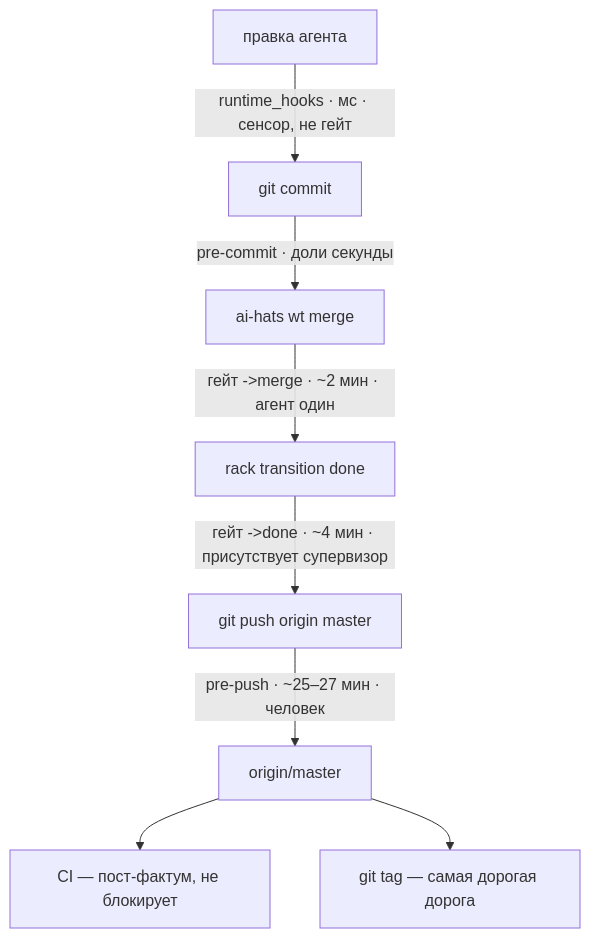
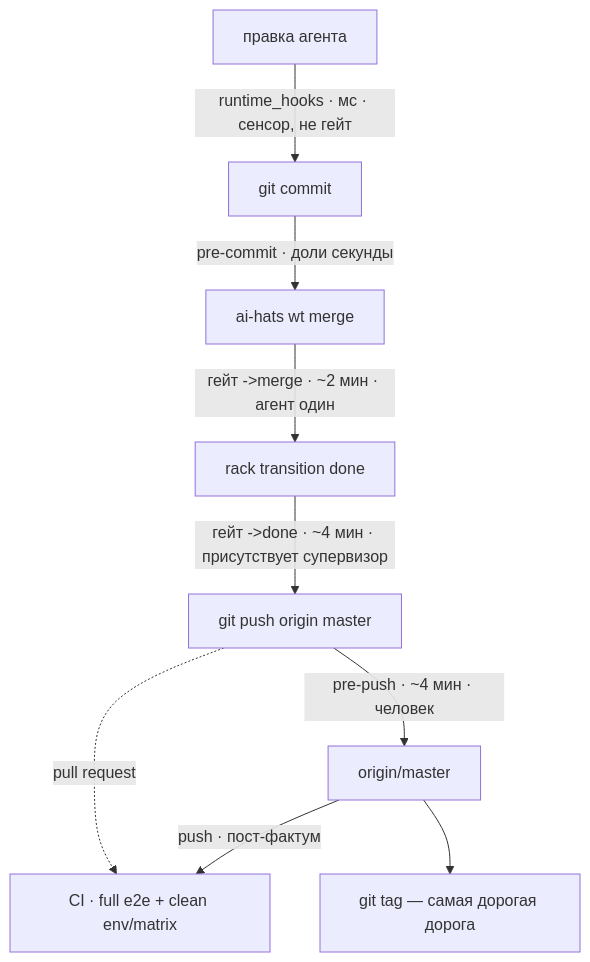
One commit to muratovv/ai-hats changed the diagram in docs/adr/0023-quality-gate.md. Above: the diagram before and after it, drawn with Mermaid. The commit also changed other lines of this file and 4 other files, not shown here.

First line of the commit message:
feature/ci: run full e2e on every PR and push (HATS-1708)

````diff
--- a/docs/adr/0023-quality-gate.md
+++ b/docs/adr/0023-quality-gate.md
@@ -141,10 +154,11 @@
 ```mermaid
 flowchart TD
     A["правка агента"] -->|"runtime_hooks · мс · сенсор, не гейт"| B["git commit"]
     B -->|"pre-commit · доли секунды"| C["ai-hats wt merge"]
     C -->|"гейт ->merge · ~2 мин · агент один"| D["rack transition done"]
     D -->|"гейт ->done · ~4 мин · присутствует супервизор"| E["git push origin master"]
-    E -->|"pre-push · ~25–27 мин · человек"| F["origin/master"]
-    F --> G["CI — пост-фактум, не блокирует"]
+    E -->|"pre-push · ~4 мин · человек"| F["origin/master"]
+    E -.->|"pull request"| G["CI · full e2e + clean env/matrix"]
+    F -->|"push · пост-фактум"| G
     F --> H["git tag — самая дорогая дорога"]
 ```
````
